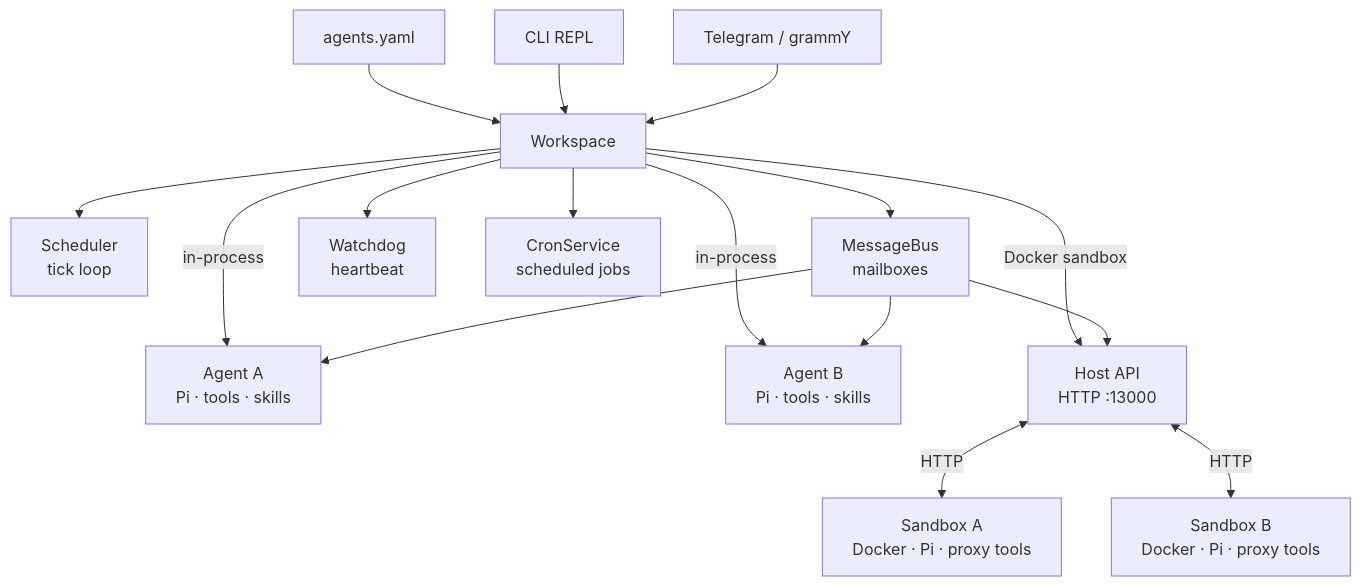
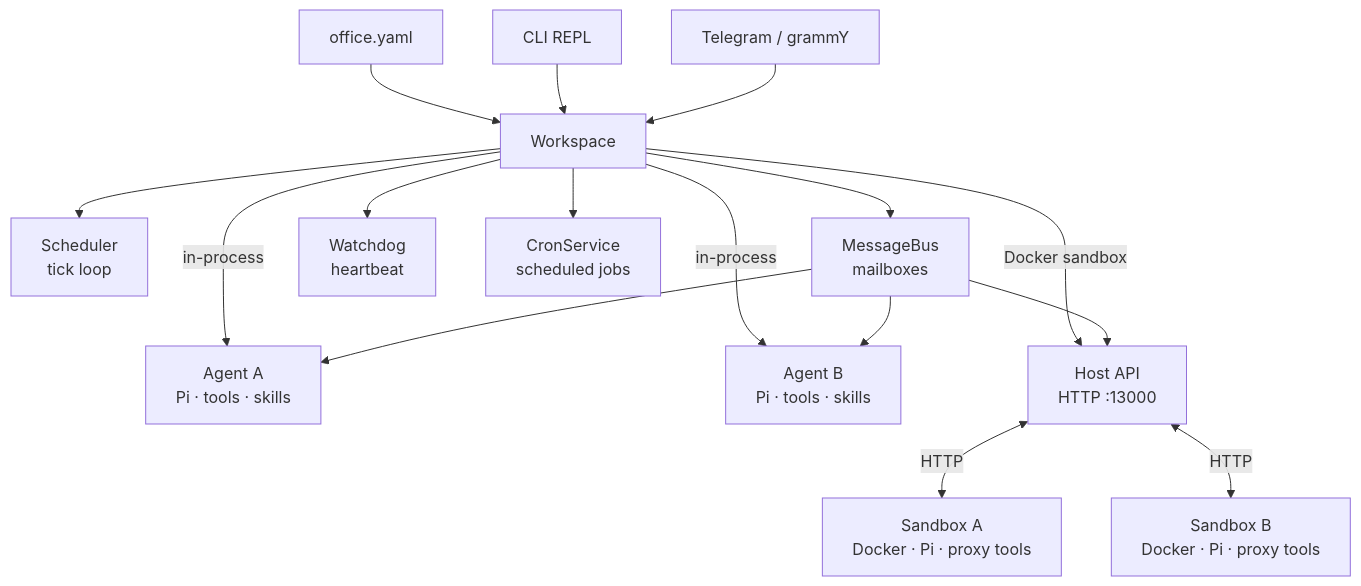
The diagram in README.md (nivekoddworld/agent-office), drawn with Mermaid before and after one commit. The commit also changed other lines of this file and 84 other files, not shown here.

First line of the commit message:
feat: multi-office architecture with CLI, migration, and prettier

````diff
--- a/README.md
+++ b/README.md
@@ -80,22 +83,22 @@
 ```mermaid
 graph TD
-    YAML[agents.yaml] --> WS
+    YAML[office.yaml] --> WS
     CLI[CLI REPL] --> WS[Workspace]
     TG[Telegram / grammY] --> WS
 
     WS --> SCH[Scheduler\ntick loop]
     WS --> BUS[MessageBus\nmailboxes]
     WS --> WD[Watchdog\nheartbeat]
     WS --> CRON[CronService\nscheduled jobs]
 
     WS -->|in-process| A[Agent A\nPi · tools · skills]
     WS -->|in-process| B[Agent B\nPi · tools · skills]
 
     WS -->|Docker sandbox| HA[Host API\nHTTP :13000]
     HA <-->|HTTP| SA[Sandbox A\nDocker · Pi · proxy tools]
     HA <-->|HTTP| SB[Sandbox B\nDocker · Pi · proxy tools]
 
     BUS --> A
     BUS --> B
     BUS --> HA
 ```
````
